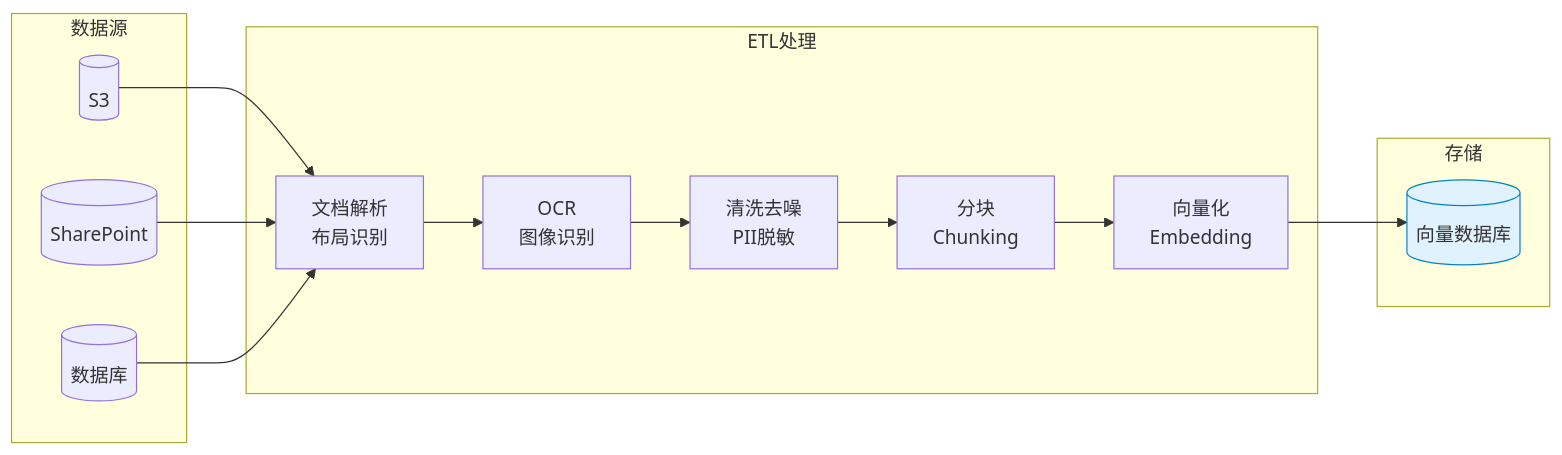
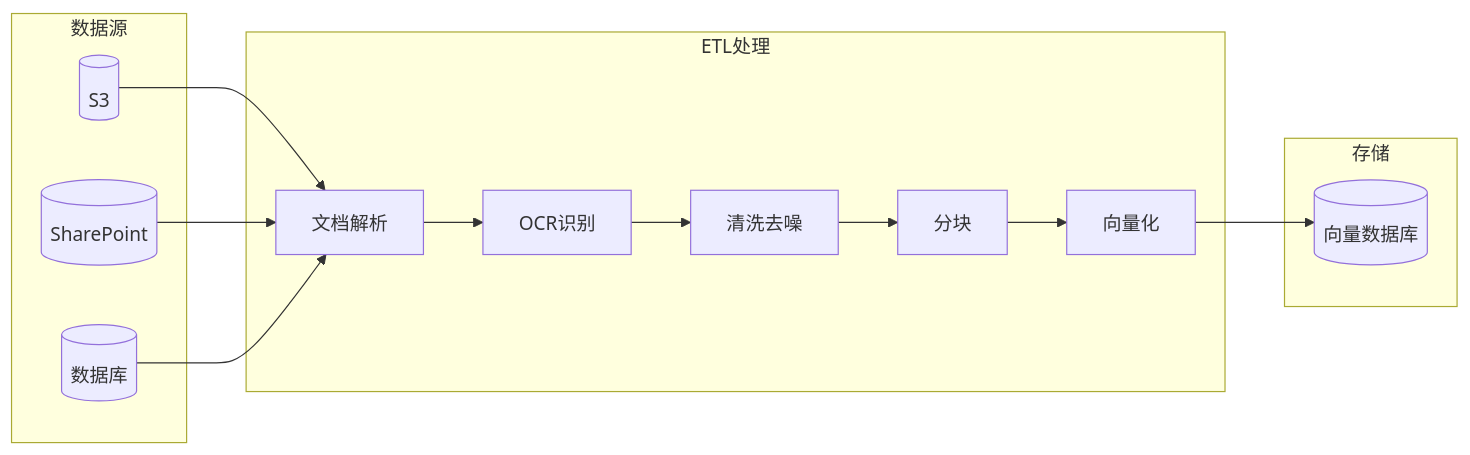
The fourth of 9 diagrams in docs/llms/rag/index.md (likebeans/notes-on-llms), drawn with Mermaid before and after one commit. The commit also changed other lines of this file and 2 other files, not shown here.

Commit message:
feat: 添加 Mermaid 流程图支持并优化样式

````diff
--- a/docs/llms/rag/index.md
+++ b/docs/llms/rag/index.md
@@ -160,25 +136,22 @@
 ```mermaid
 flowchart LR
     subgraph 数据源
         S1[(S3)]
         S2[(SharePoint)]
         S3[(数据库)]
     end
     
     subgraph ETL处理
-        E1[文档解析<br>布局识别]
-        E2[OCR<br>图像识别]
-        E3[清洗去噪<br>PII脱敏]
-        E4[分块<br>Chunking]
-        E5[向量化<br>Embedding]
+        E1[文档解析]
+        E2[OCR识别]
+        E3[清洗去噪]
+        E4[分块]
+        E5[向量化]
     end
     
     subgraph 存储
         V[(向量数据库)]
     end
     
-    S1 & S2 & S3 --> E1
-    E1 --> E2 --> E3 --> E4 --> E5 --> V
-    
-    style V fill:#e0f2fe,stroke:#0284c7
+    S1 & S2 & S3 --> E1 --> E2 --> E3 --> E4 --> E5 --> V
 ```
````
